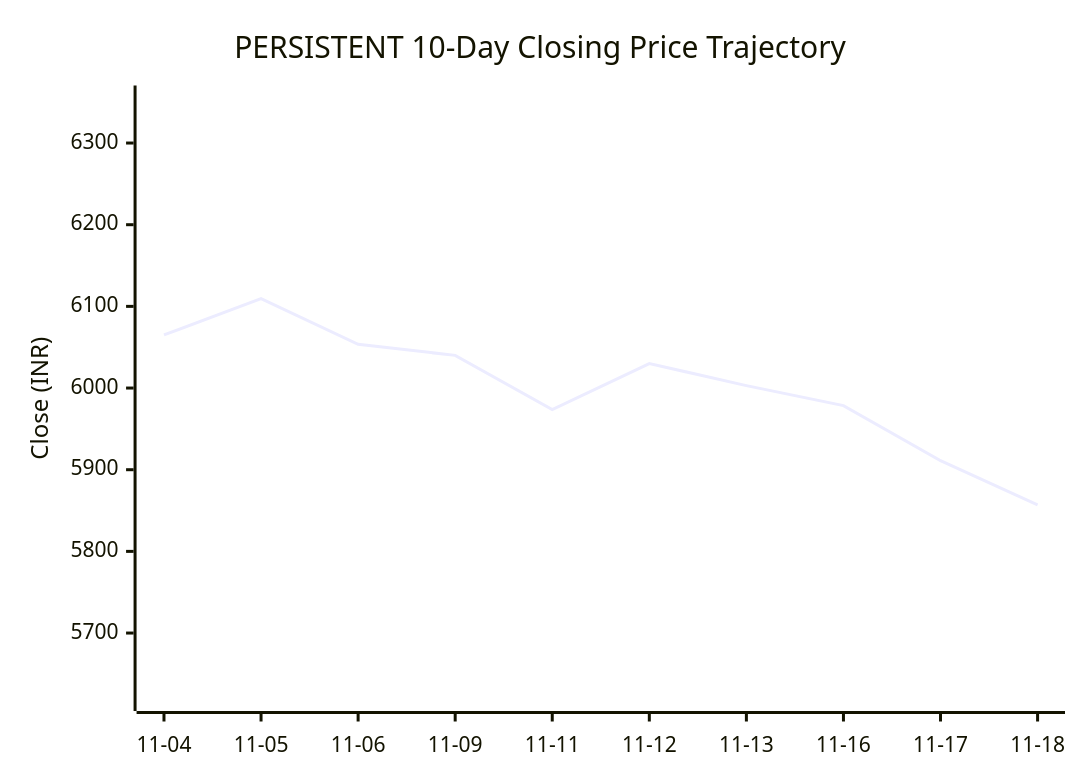
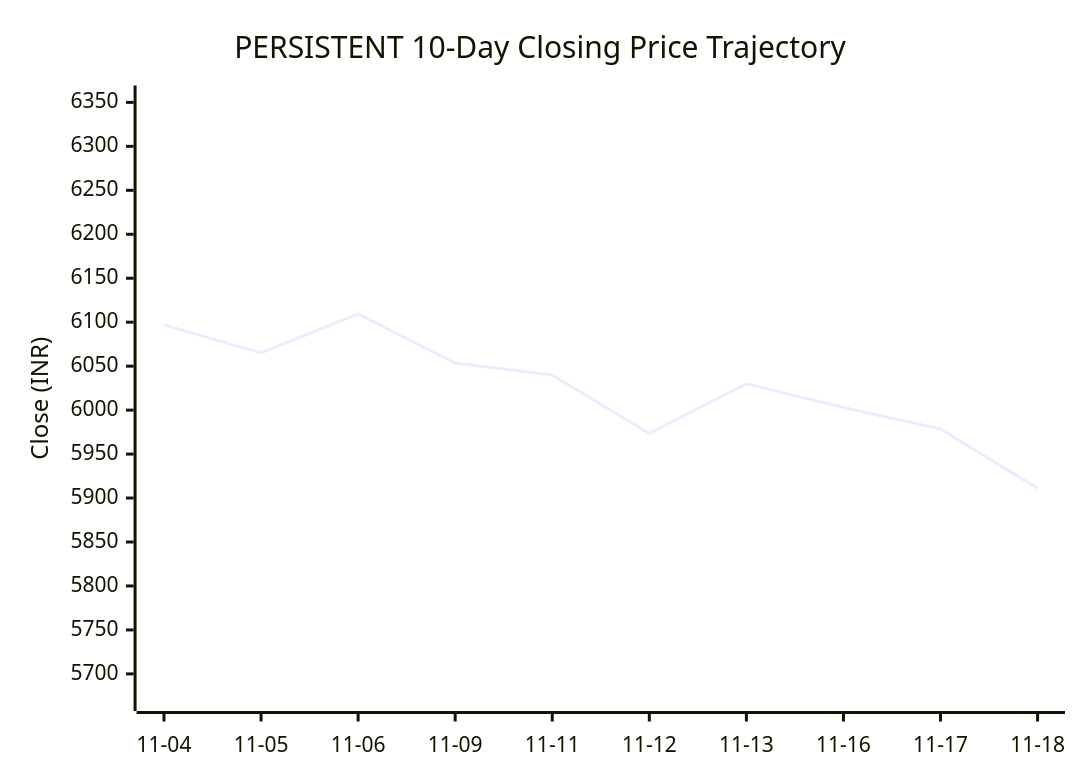
Before and after one commit to purnareddy9/dev: the second of 3 diagrams in market-intelligence/stocks/PERSISTENT/history/2026-11-18.md, drawn with Mermaid. The commit also changed other lines of this file and 3 other files, not shown here.

````diff
--- a/market-intelligence/stocks/PERSISTENT/history/2026-11-18.md
+++ b/market-intelligence/stocks/PERSISTENT/history/2026-11-18.md
@@ -95,7 +95,7 @@
 ```mermaid
 xychart-beta
     title "PERSISTENT 10-Day Closing Price Trajectory"
     x-axis ["11-04", "11-05", "11-06", "11-09", "11-11", "11-12", "11-13", "11-16", "11-17", "11-18"]
-    y-axis "Close (INR)" 5622 --> 6353
-    line [6065.0, 6109.5, 6053.5, 6040.0, 5973.5, 6030.0, 6003.0, 5978.5, 5911.0, 5857.0]
+    y-axis "Close (INR)" 5674 --> 6353
+    line [6097.0, 6065.0, 6109.5, 6053.5, 6040.0, 5973.5, 6030.0, 6003.0, 5978.5, 5911.0]
 ```
````
